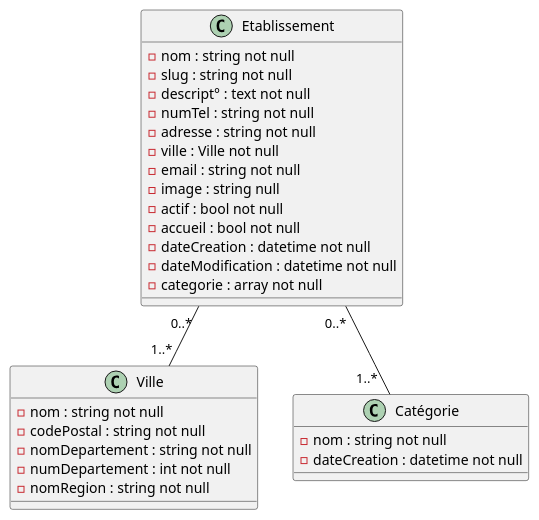
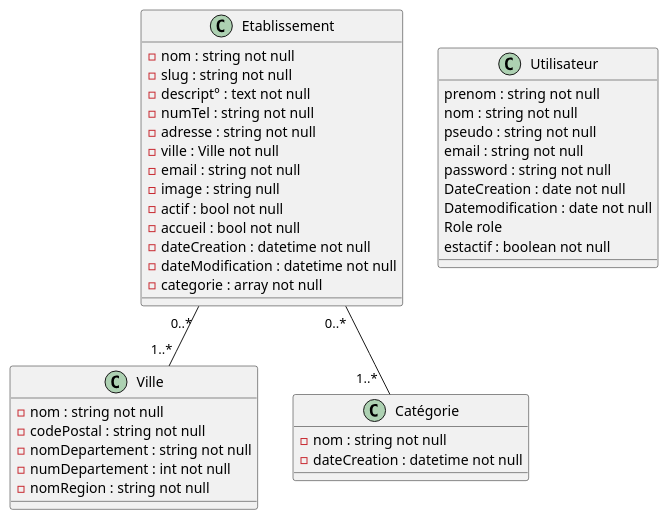
Before and after one commit to PaulEtignard/FCTourisme2: the diagram in documentation/Diagramme de classe.puml, drawn with PlantUML. The commit also changed 5 other files, not shown here.

```diff
--- a/documentation/Diagramme de classe.puml
+++ b/documentation/Diagramme de classe.puml
@@ -1,41 +1,55 @@
 @startuml
 'https://plantuml.com/class-diagram
 
 class Etablissement {
 
 -nom : string not null
 -slug : string not null
 -descript° : text not null
 -numTel : string not null
 -adresse : string not null
 -ville : Ville not null
 -email : string not null
 -image : string null
 -actif : bool not null
 -accueil : bool not null
 -dateCreation : datetime not null
 -dateModification : datetime not null
 -categorie : array not null
 
 }
 
 class Ville {
 
 -nom : string not null
 -codePostal : string not null
 -nomDepartement : string not null
 -numDepartement : int not null
 -nomRegion : string not null
 
 }
 
 class Catégorie {
 
 -nom : string not null
 -dateCreation : datetime not null
 
 }
 
+
+class Utilisateur {
+
+prenom : string not null
+nom : string not null
+pseudo : string not null
+email : string not null
+password : string not null
+DateCreation : date not null
+Datemodification : date not null
+Role role
+estactif : boolean not null
+}
+
 Etablissement "0..* " -- "1..*  "Catégorie
 Etablissement "0..* "-- "1..*"Ville
 @enduml
```
